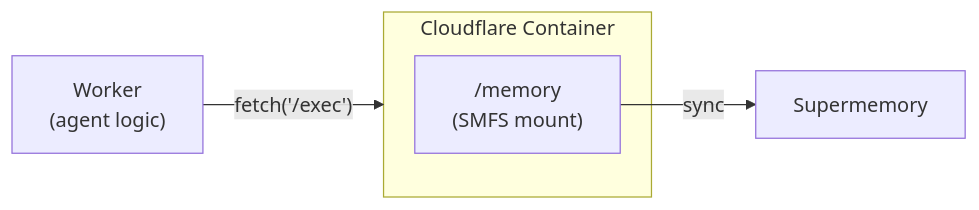
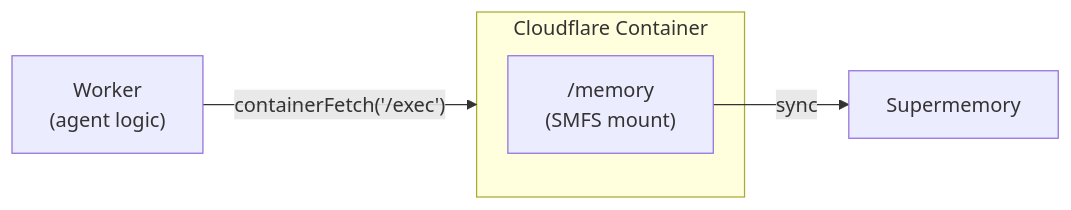
Before and after one commit to supermemoryai/supermemory: the second of 2 diagrams in apps/docs/smfs/providers/cloudflare.mdx, drawn with Mermaid. The commit also changed other lines of this file and 3 other files, not shown here.

````diff
--- a/apps/docs/smfs/providers/cloudflare.mdx
+++ b/apps/docs/smfs/providers/cloudflare.mdx
@@ -33,8 +33,8 @@
 ```mermaid
 graph LR
-    Agent["Worker\n(agent logic)"] -->|"fetch('/exec')"| Container
+    Agent["Worker<br/>(agent logic)"] -->|"containerFetch('/exec')"| Container
     subgraph Container ["Cloudflare Container"]
-        Mount["/memory\n(SMFS mount)"]
+        Mount["/memory<br/>(SMFS mount)"]
     end
     Mount -->|sync| SM["Supermemory"]
 ```
````
